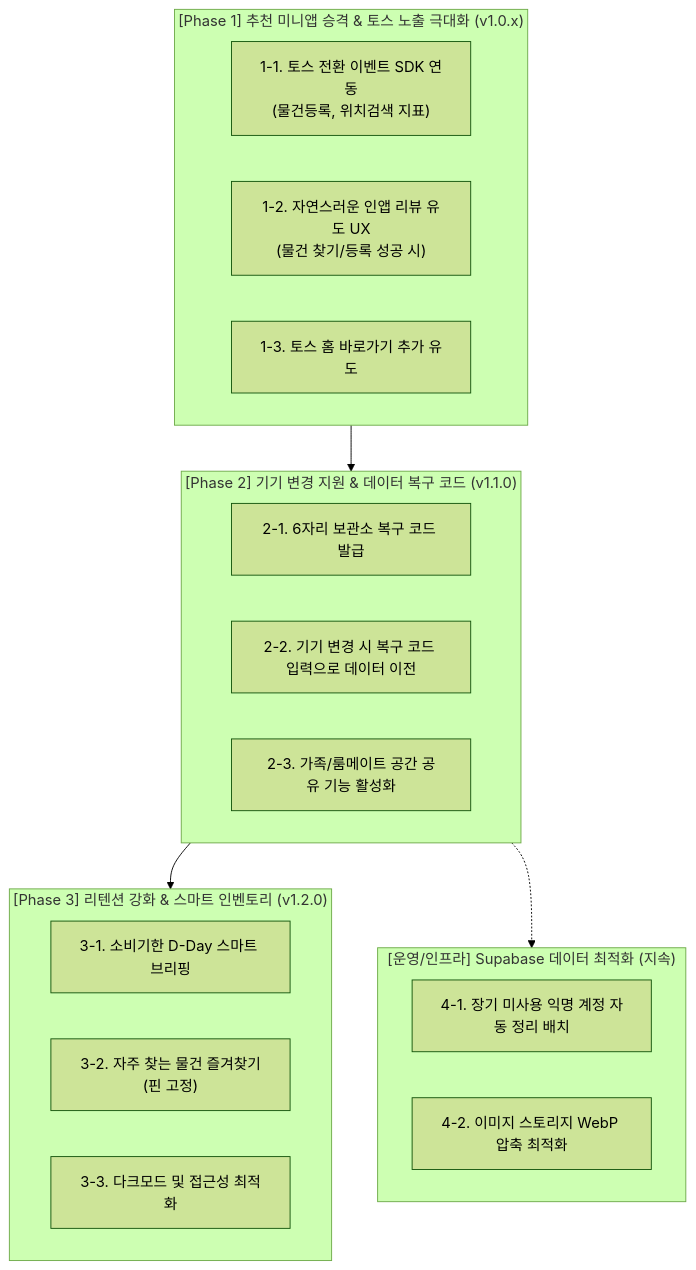
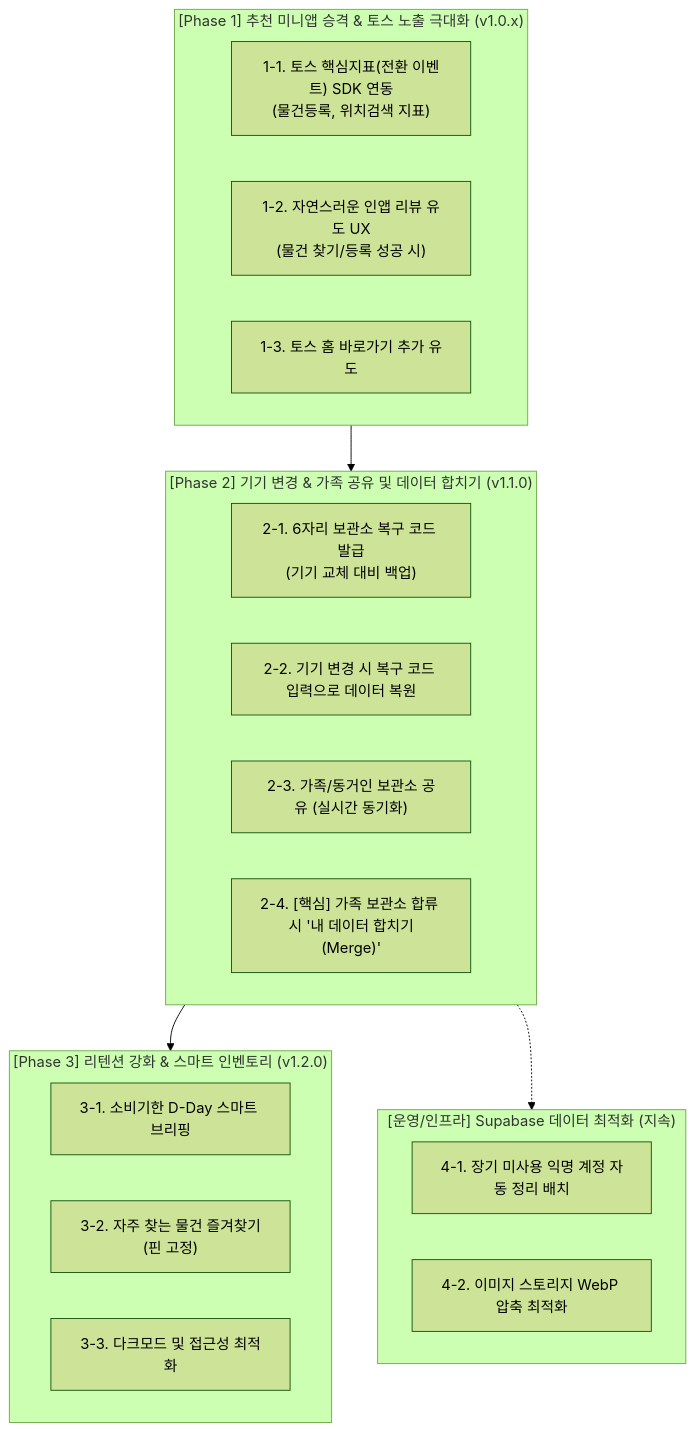
One commit to tauriqon/where-is-it changed the second of 2 diagrams in docs/roadmap_and_summary.md. Above: the diagram before and after it, drawn with Mermaid (forest theme). The commit also changed other lines of this file, not shown here.

Commit message:
docs: add family data merge feature to roadmap (v1.0.0-b00228)

````diff
--- a/docs/roadmap_and_summary.md
+++ b/docs/roadmap_and_summary.md
@@ -37,29 +38,30 @@
 ```mermaid
 flowchart TD
     subgraph Phase1["[Phase 1] 추천 미니앱 승격 & 토스 노출 극대화 (v1.0.x)"]
-        P1_1["1-1. 토스 전환 이벤트 SDK 연동\n(물건등록, 위치검색 지표)"]
+        P1_1["1-1. 토스 핵심지표(전환 이벤트) SDK 연동\n(물건등록, 위치검색 지표)"]
         P1_2["1-2. 자연스러운 인앱 리뷰 유도 UX\n(물건 찾기/등록 성공 시)"]
         P1_3["1-3. 토스 홈 바로가기 추가 유도"]
     end
 
-    subgraph Phase2["[Phase 2] 기기 변경 지원 & 데이터 복구 코드 (v1.1.0)"]
-        P2_1["2-1. 6자리 보관소 복구 코드 발급"]
-        P2_2["2-2. 기기 변경 시 복구 코드 입력으로 데이터 이전"]
-        P2_3["2-3. 가족/룸메이트 공간 공유 기능 활성화"]
+    subgraph Phase2["[Phase 2] 기기 변경 & 가족 공유 및 데이터 합치기 (v1.1.0)"]
+        P2_1["2-1. 6자리 보관소 복구 코드 발급\n(기기 교체 대비 백업)"]
+        P2_2["2-2. 기기 변경 시 복구 코드 입력으로 데이터 복원"]
+        P2_3["2-3. 가족/동거인 보관소 공유 (실시간 동기화)"]
+        P2_4["2-4. [핵심] 가족 보관소 합류 시 '내 데이터 합치기(Merge)'"]
     end
 
     subgraph Phase3["[Phase 3] 리텐션 강화 & 스마트 인벤토리 (v1.2.0)"]
         P3_1["3-1. 소비기한 D-Day 스마트 브리핑"]
         P3_2["3-2. 자주 찾는 물건 즐겨찾기(핀 고정)"]
         P3_3["3-3. 다크모드 및 접근성 최적화"]
     end
 
     subgraph Phase4["[운영/인프라] Supabase 데이터 최적화 (지속)"]
         P4_1["4-1. 장기 미사용 익명 계정 자동 정리 배치"]
         P4_2["4-2. 이미지 스토리지 WebP 압축 최적화"]
     end
 
     Phase1 --> Phase2
     Phase2 --> Phase3
     Phase2 -.-> Phase4
 ```
````
